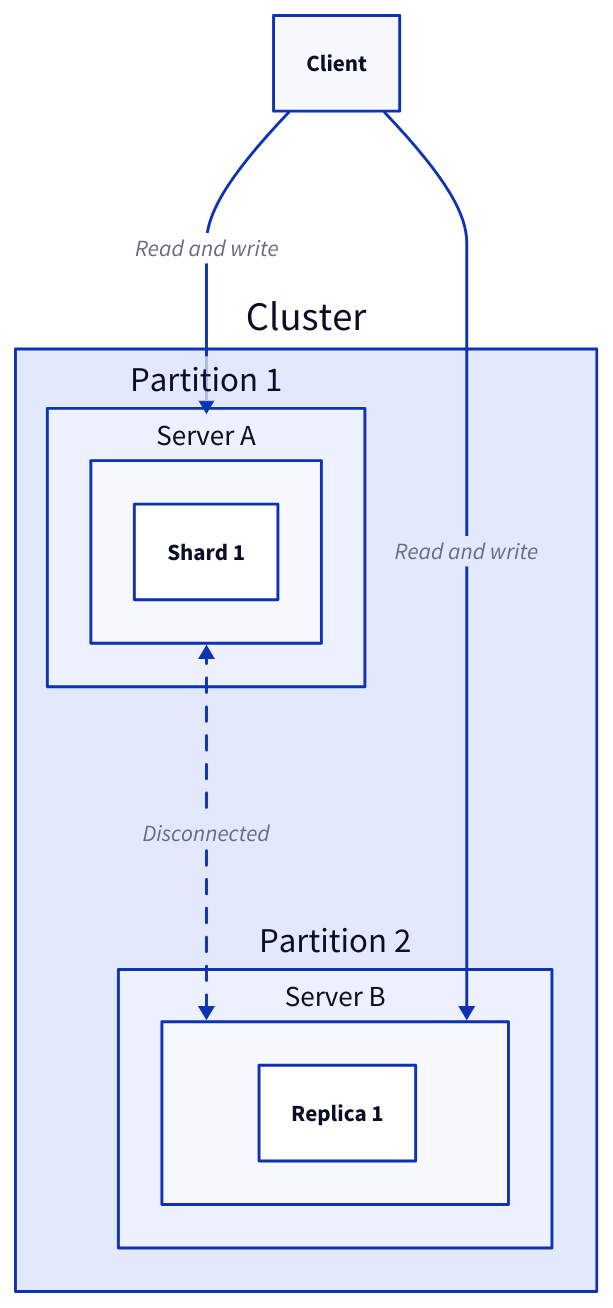
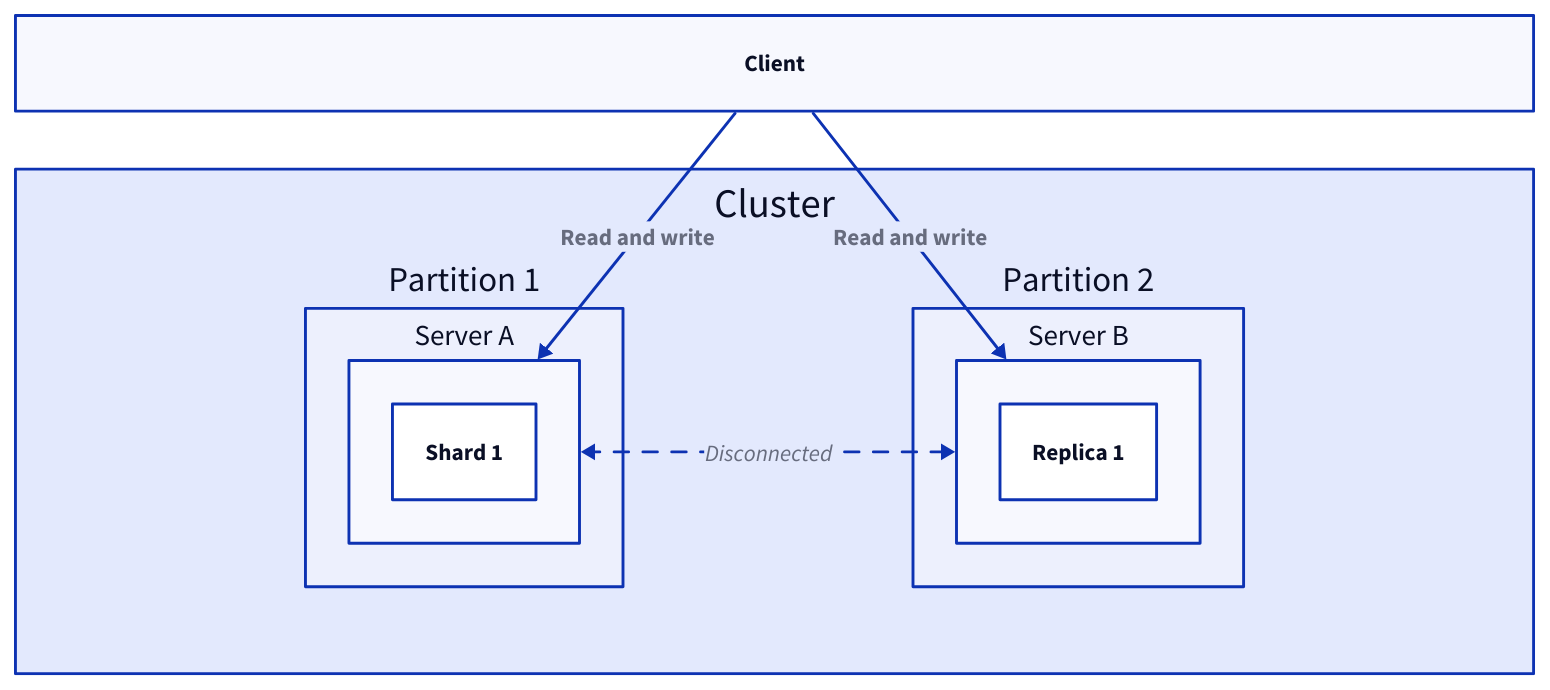
One commit to link1905/system-design-101 changed the ninth of 10 diagrams in content/docs/data-persistence/distributed-database/peer-to-peer-architecture/_index.md. Above: the diagram before and after it, drawn with D2. The commit also changed other lines of this file and 40 other files, not shown here.

````diff
--- a/content/docs/data-persistence/distributed-database/peer-to-peer-architecture/_index.md
+++ b/content/docs/data-persistence/distributed-database/peer-to-peer-architecture/_index.md
@@ -511,23 +552,30 @@
 ```d2
-c: Cluster {
-    g1: Partition 1 {
-        sa: Server A {
-            s: Shard 1
-        }
-    }
-    g2: Partition 2 {
-        sb: Server B {
-            s: Replica 1
-        }
-    }
-    g1.sa <-> g2.sb: Disconnected {
-        class: error-conn
-        style.animated: true
-    }
-}
+grid-rows: 2
 client: Client {
     class: client
 }
-client -> c.g1.sa : Read and write
-client -> c.g2.sb: Read and write
+c: Cluster {
+  grid-rows: 1
+  horizontal-gap: 200
+  g1: Partition 1 {
+      sa: Server A {
+          s: Shard 1
+      }
+  }
+  g2: Partition 2 {
+      sb: Server B {
+          s: Replica 1
+      }
+  }
+  g1.sa <-> g2.sb: Disconnected {
+      class: error-conn
+      style.animated: true
+  }
+}
+client -> c.g1.sa : Read and write {
+  style.bold: true
+}
+client -> c.g2.sb: Read and write {
+  style.bold: true
+}
 ```
````
